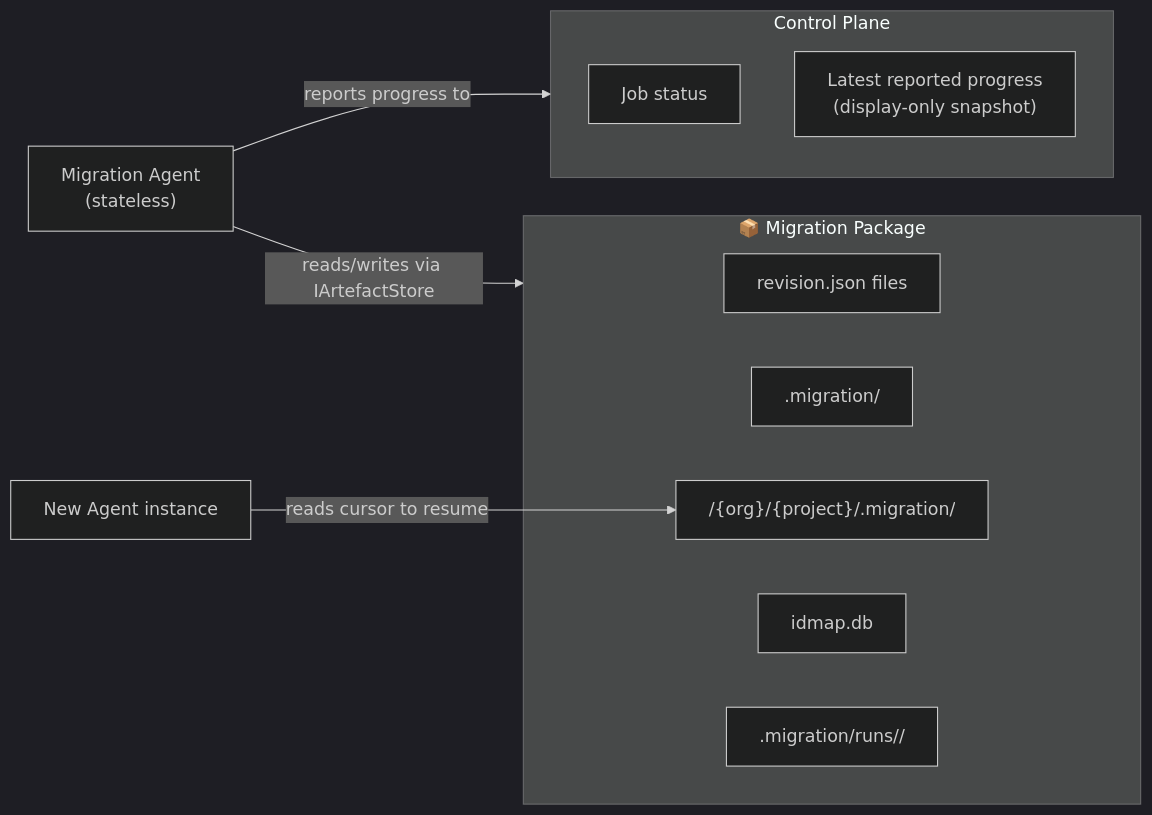
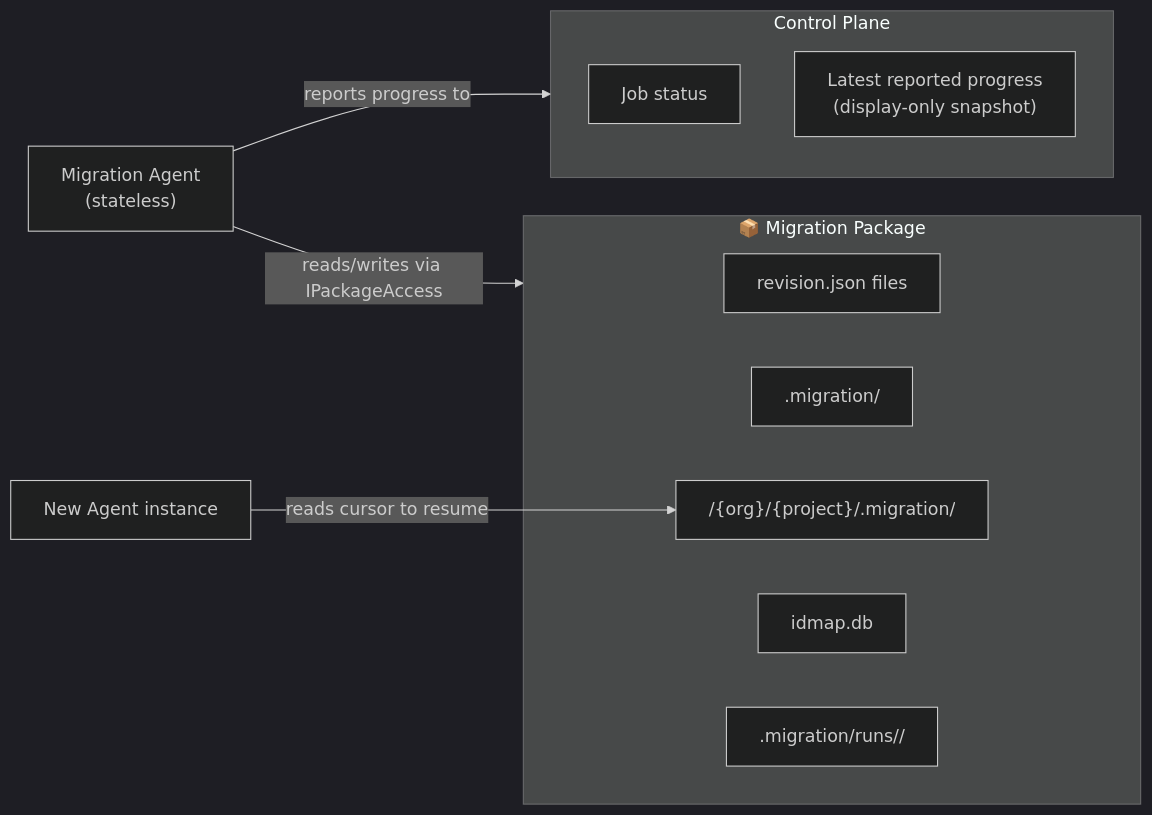
The second of 2 diagrams in docs/agent-hosting.md (nkdAgility/azure-devops-migration-platform), drawn with Mermaid (dark theme) before and after one commit. The commit also changed other lines of this file and 7 other files, not shown here.

Commit message:
refactor: update package access references to IPackageAccess for consistency across documentation and implementation

````diff
--- a/docs/agent-hosting.md
+++ b/docs/agent-hosting.md
@@ -108,18 +108,18 @@
 ```mermaid
 flowchart LR
     subgraph Package["📦 Migration Package"]
         RevFiles["revision.json files"]
         RootState[".migration/"]
         Cursors["/{org}/{project}/.migration/"]
         IDMap["idmap.db"]
         RunAudit[".migration/runs/<runId>/"]
     end
     subgraph ControlPlane["Control Plane"]
         JobState["Job status"]
         LatestProgress["Latest reported progress\n(display-only snapshot)"]
     end
     Agent["Migration Agent\n(stateless)"]
-    Agent -->|reads/writes via IArtefactStore| Package
+    Agent -->|reads/writes via IPackageAccess| Package
     Agent -->|reports progress to| ControlPlane
     Agent2["New Agent instance"] -->|reads cursor to resume| Cursors
 ```
````
